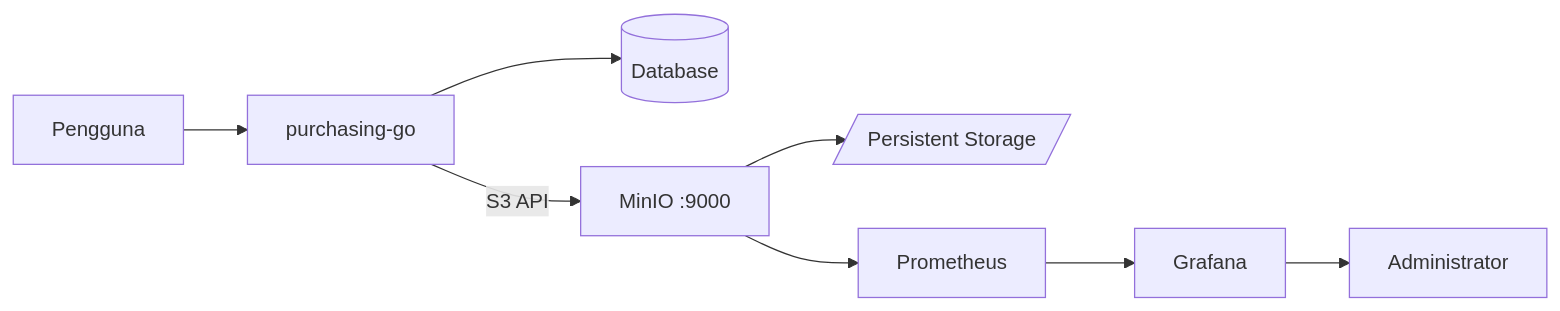
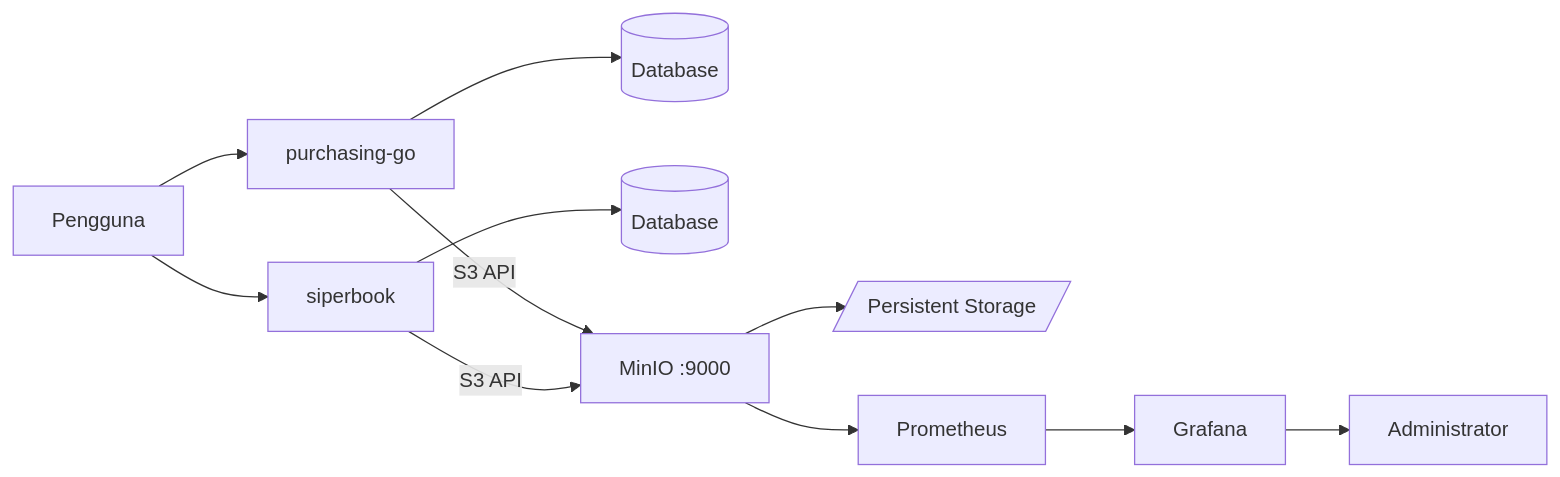
The diagram in docs/ARCHITECTURE.md (Ferxeegs/sharedminio), drawn with Mermaid before and after one commit. The commit also changed other lines of this file and 8 other files, not shown here.

First line of the commit message:
Add siperbook support to MinIO configuration and documentation

````diff
--- a/docs/ARCHITECTURE.md
+++ b/docs/ARCHITECTURE.md
@@ -9,10 +9,13 @@
 ```mermaid
 flowchart LR
-    U[Pengguna] --> APP[purchasing-go]
-    APP --> DB[(Database)]
-    APP -->|S3 API| MI[MinIO :9000]
+    U[Pengguna] --> APP1[purchasing-go]
+    U --> APP2[siperbook]
+    APP1 --> DB1[(Database)]
+    APP2 --> DB2[(Database)]
+    APP1 -->|S3 API| MI[MinIO :9000]
+    APP2 -->|S3 API| MI
     MI --> DATA[/Persistent Storage/]
     MI --> PROM[Prometheus]
     PROM --> GRAF[Grafana]
     GRAF --> ADMIN[Administrator]
 ```
````
